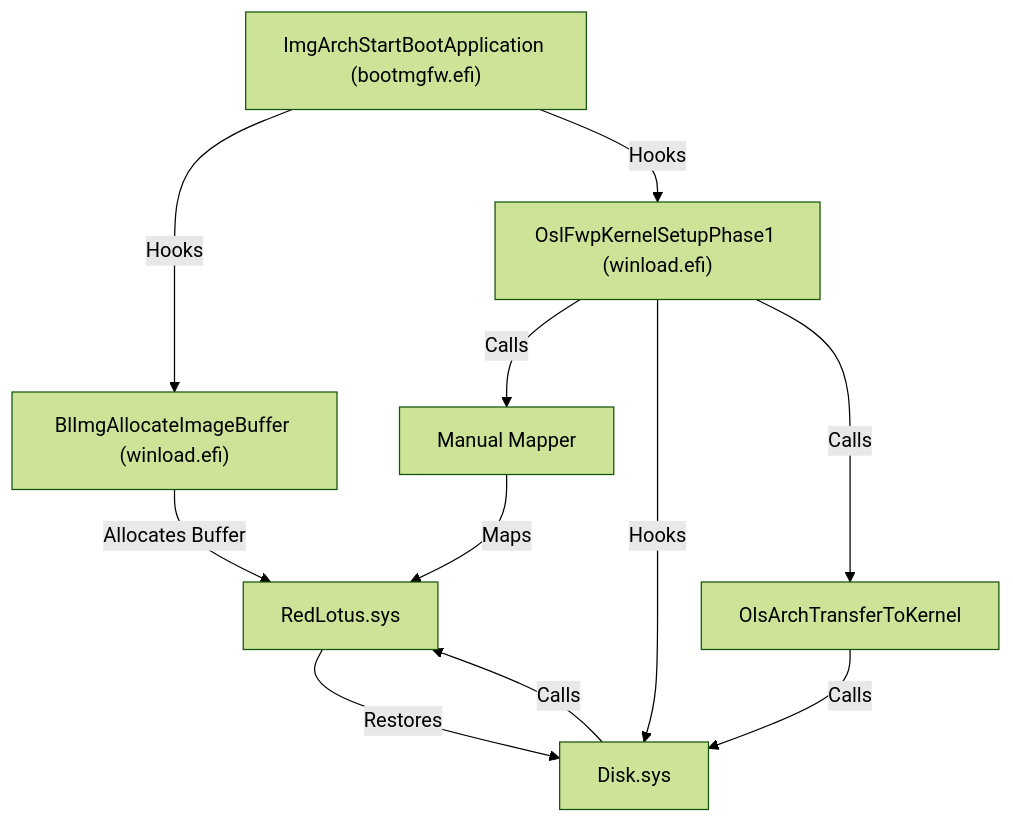
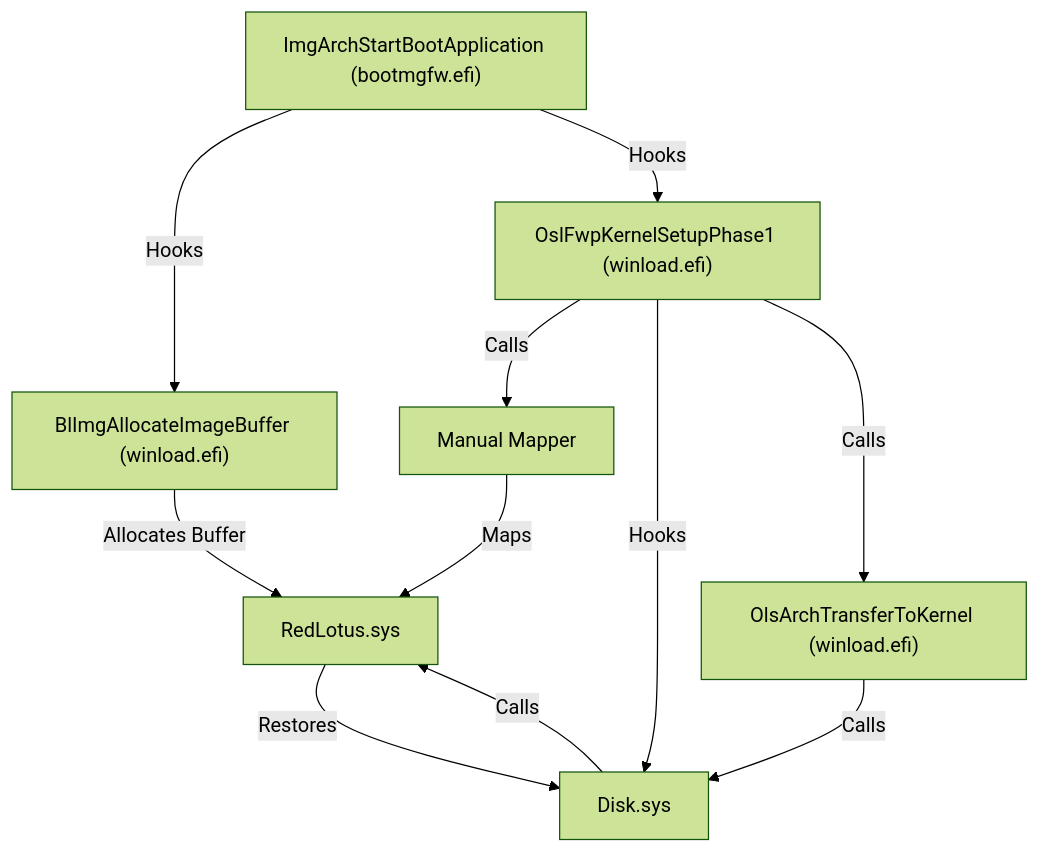
One commit to memN0ps/redlotus-rs changed the diagram in README.md. Above: the diagram before and after it, drawn with Mermaid (forest theme). The commit also changed other lines of this file, not shown here.

````diff
--- a/README.md
+++ b/README.md
@@ -31,13 +31,13 @@
 ```mermaid
 graph TD;
     A["ImgArchStartBootApplication (bootmgfw.efi)"] -->|Hooks| B["BlImgAllocateImageBuffer (winload.efi)"];
     B -->|Allocates Buffer| G[RedLotus.sys]
     A -->|Hooks| C["OslFwpKernelSetupPhase1 (winload.efi)"];
     C -->|Calls| D[Manual Mapper];
     D -->|Maps | G[RedLotus.sys]
     C -->|Hooks| E[Disk.sys];
-    C -->|Calls| F[OlsArchTransferToKernel];
+    C -->|Calls| F["OlsArchTransferToKernel (winload.efi)"];
     F -->|Calls| E[Disk.sys];
     E -->|Calls| G[RedLotus.sys];
     G -->|Restores| E;
 ```
````
